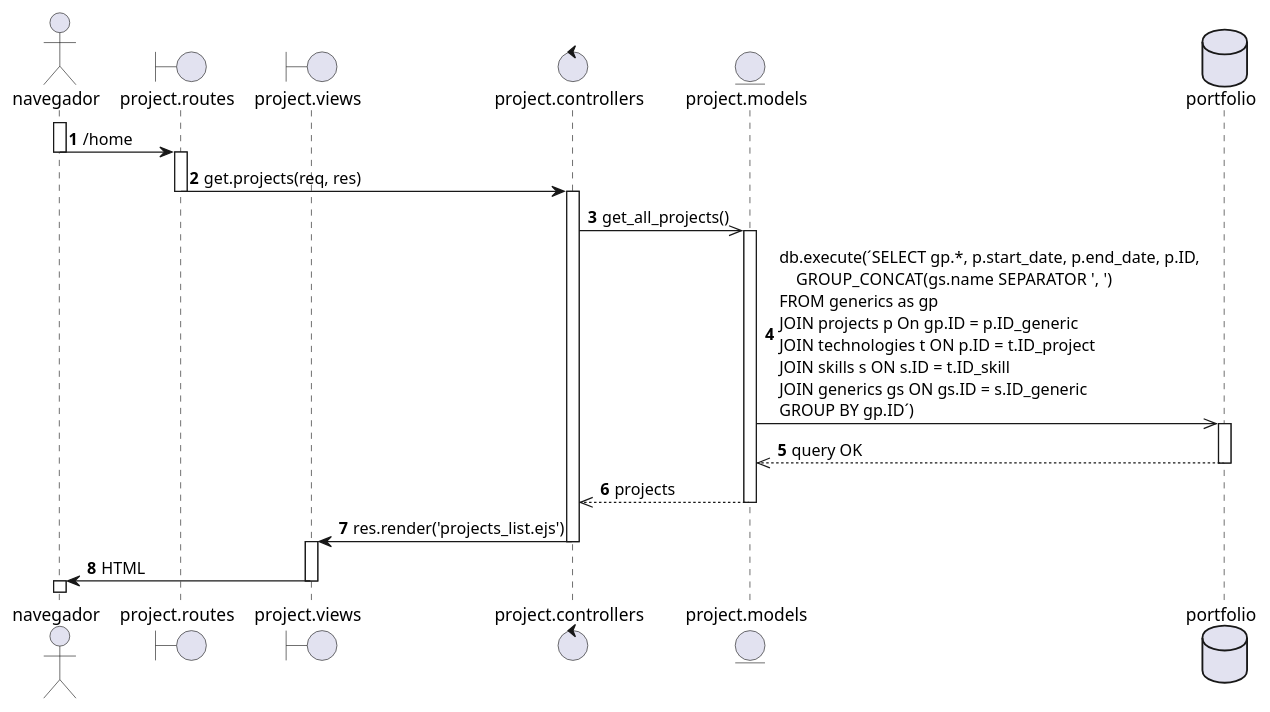
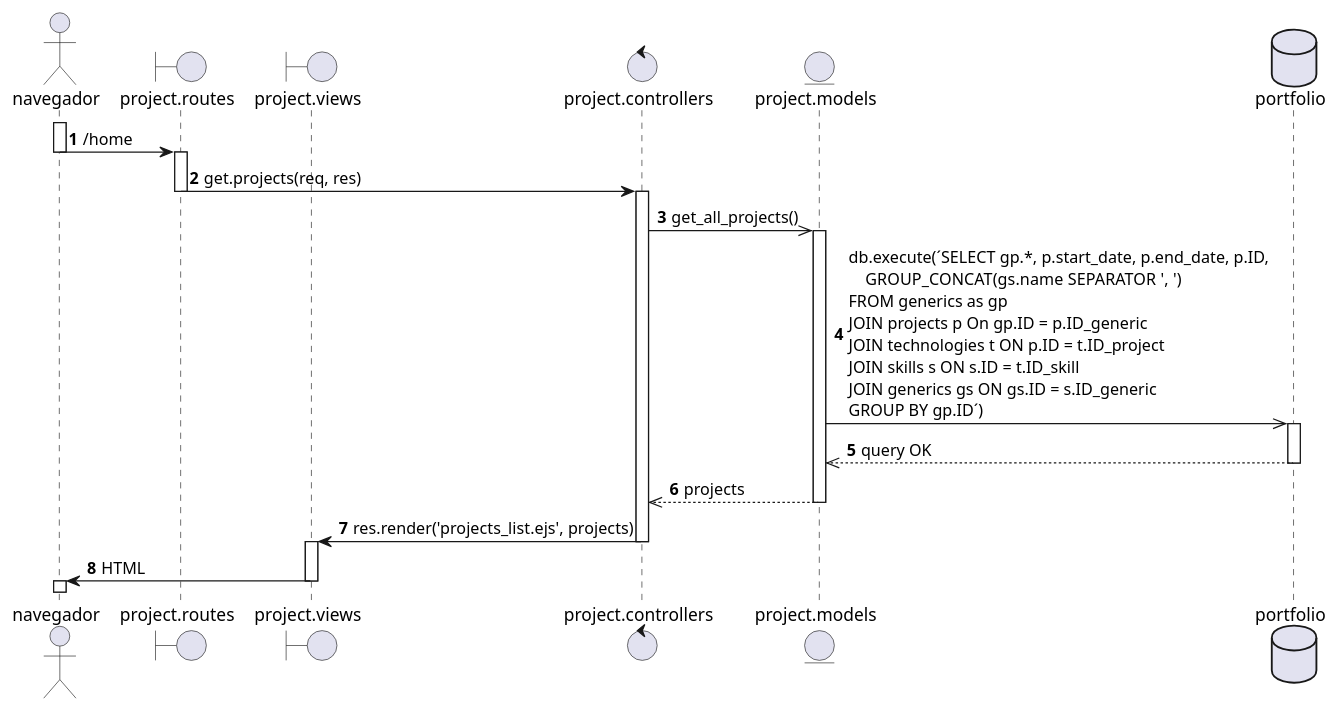
One commit to YaelChar417/portfolio changed the diagram in Diagramas/Secuencia/CU01_U_Consultar_proyectos.puml. Above: the diagram before and after it, drawn with PlantUML. The commit also changed 5 other files, not shown here.

Commit message:
Feature: diagrama de secuencia del CU03 terminado y actualizados CU01, 02 para mostrar claridad de donde renderizar la pagina

```diff
--- a/Diagramas/Secuencia/CU01_U_Consultar_proyectos.puml
+++ b/Diagramas/Secuencia/CU01_U_Consultar_proyectos.puml
@@ -1,35 +1,35 @@
 @startuml 
 
 autonumber
 
 actor navegador as nav
 boundary "project.routes" as routes
 boundary "project.views" as view
 control "project.controllers" as controller
 entity "project.models" as model
 database portfolio as db 
 
 activate nav
 nav -> routes: /home
 deactivate nav
 activate routes
 routes -> controller: get.projects(req, res)
 deactivate routes
 
 activate controller
 controller ->> model: get_all_projects()
 activate model
 model ->> db:db.execute(´SELECT gp.*, p.start_date, p.end_date, p.ID, \n    GROUP_CONCAT(gs.name SEPARATOR ', ') \nFROM generics as gp \nJOIN projects p On gp.ID = p.ID_generic \nJOIN technologies t ON p.ID = t.ID_project \nJOIN skills s ON s.ID = t.ID_skill \nJOIN generics gs ON gs.ID = s.ID_generic \nGROUP BY gp.ID´) 
 activate db
 db -->> model: query OK
 deactivate db
 model -->> controller: projects
 deactivate model
-controller -> view: res.render('projects_list.ejs')
+controller -> view: res.render('projects_list.ejs', projects)
 deactivate controller
 activate view
 view -> nav: HTML
 deactivate view
 activate nav
 
 @enduml
```
